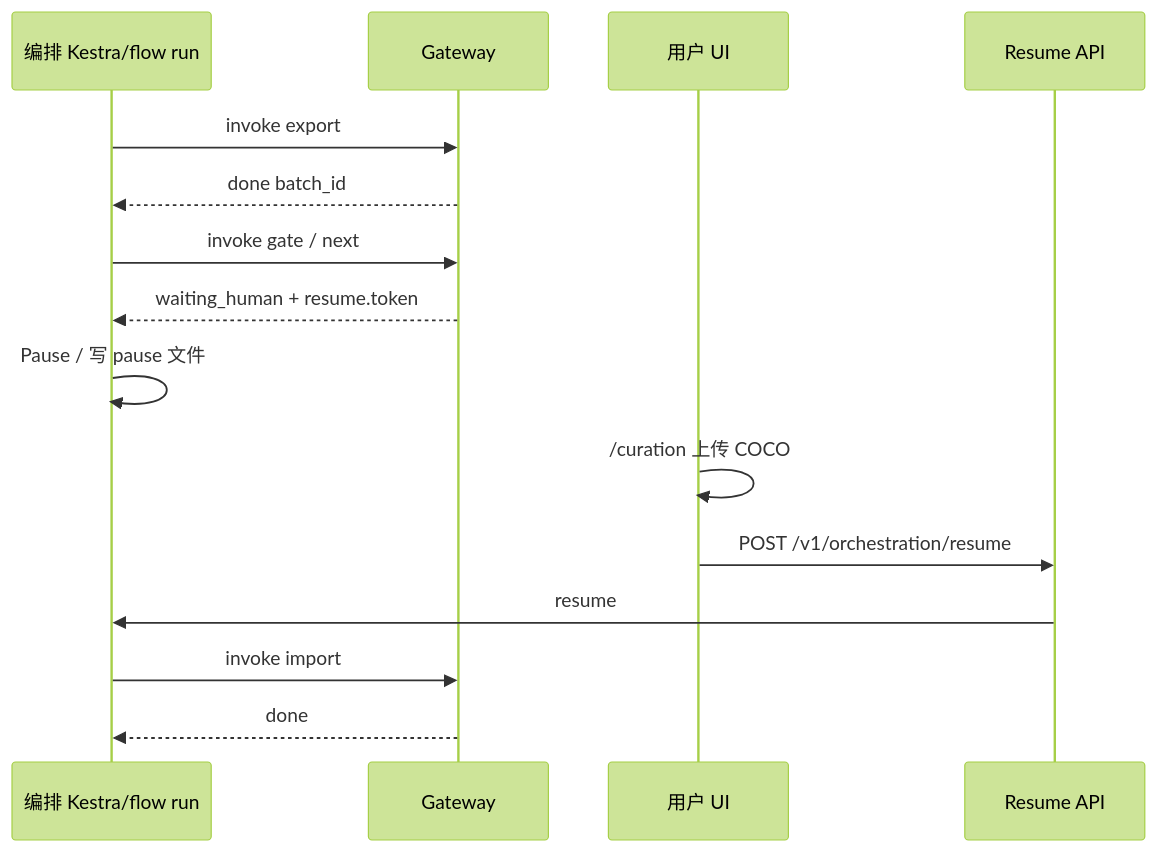
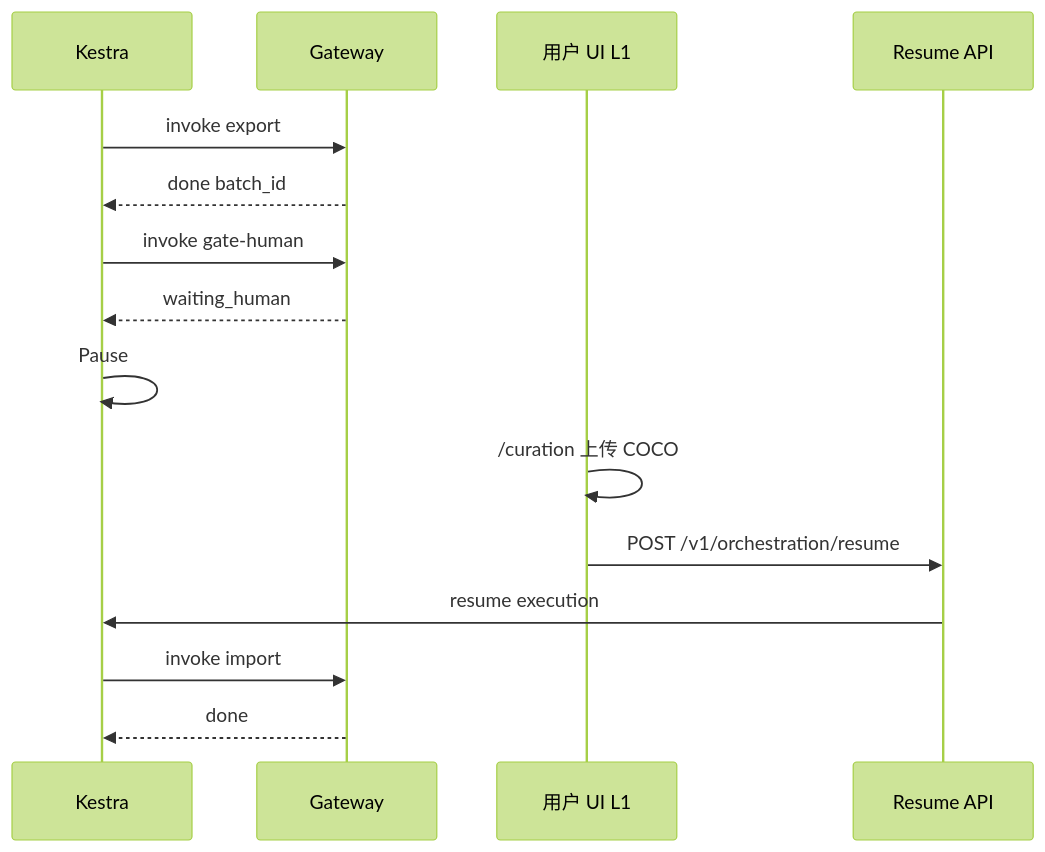
One commit to algo-boost/DetForge-Studio changed the fifth of 10 diagrams in docs/ARCHITECTURE_DIAGRAMS.md. Above: the diagram before and after it, drawn with Mermaid (forest theme). The commit also changed other lines of this file and 37 other files, not shown here.

````diff
--- a/docs/ARCHITECTURE_DIAGRAMS.md
+++ b/docs/ARCHITECTURE_DIAGRAMS.md
@@ -173,18 +172,18 @@
 ```mermaid
 sequenceDiagram
-  participant O as 编排 Kestra/flow run
+  participant K as Kestra
   participant G as Gateway
-  participant U as 用户 UI
+  participant U as 用户 UI L1
   participant R as Resume API
 
-  O->>G: invoke export
-  G-->>O: done batch_id
-  O->>G: invoke gate / next
-  G-->>O: waiting_human + resume.token
-  O->>O: Pause / 写 pause 文件
+  K->>G: invoke export
+  G-->>K: done batch_id
+  K->>G: invoke gate-human
+  G-->>K: waiting_human
+  K->>K: Pause
   U->>U: /curation 上传 COCO
   U->>R: POST /v1/orchestration/resume
-  R->>O: resume
-  O->>G: invoke import
-  G-->>O: done
+  R->>K: resume execution
+  K->>G: invoke import
+  G-->>K: done
 ```
````
